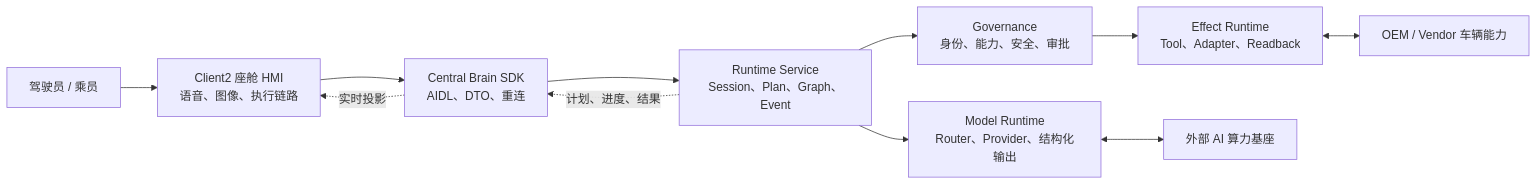
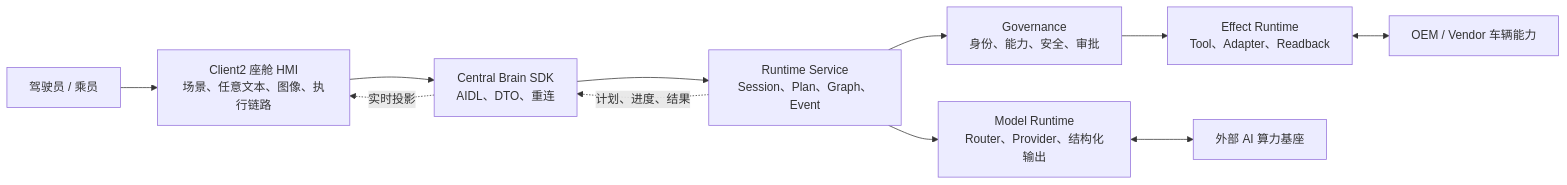
The diagram in README.md (LucasWEIchen/CougarOS), drawn with Mermaid before and after one commit. The commit also changed other lines of this file and 42 other files, not shown here.

````diff
--- a/README.md
+++ b/README.md
@@ -8,18 +8,18 @@
 ```mermaid
 flowchart LR
     User["驾驶员 / 乘员"]
-    HMI["Client2 座舱 HMI<br/>语音、图像、执行链路"]
+    HMI["Client2 座舱 HMI<br/>场景、任意文本、图像、执行链路"]
     SDK["Central Brain SDK<br/>AIDL、DTO、重连"]
     Runtime["Runtime Service<br/>Session、Plan、Graph、Event"]
     Governance["Governance<br/>身份、能力、安全、审批"]
     Model["Model Runtime<br/>Router、Provider、结构化输出"]
     Effect["Effect Runtime<br/>Tool、Adapter、Readback"]
     AI["外部 AI 算力基座"]
     Vehicle["OEM / Vendor 车辆能力"]
 
     User --> HMI --> SDK --> Runtime
     Runtime --> Model <--> AI
     Runtime --> Governance --> Effect <--> Vehicle
     Runtime -. "计划、进度、结果" .-> SDK
     SDK -. "实时投影" .-> HMI
 ```
````
